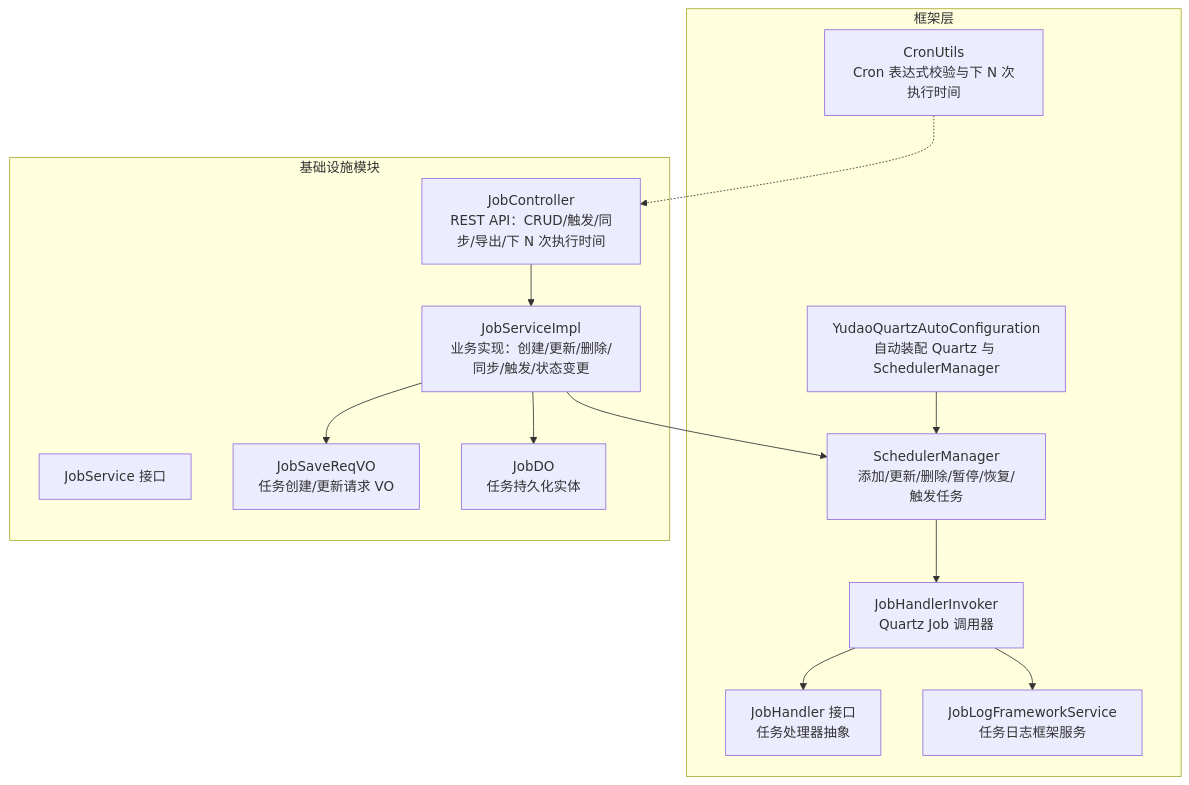
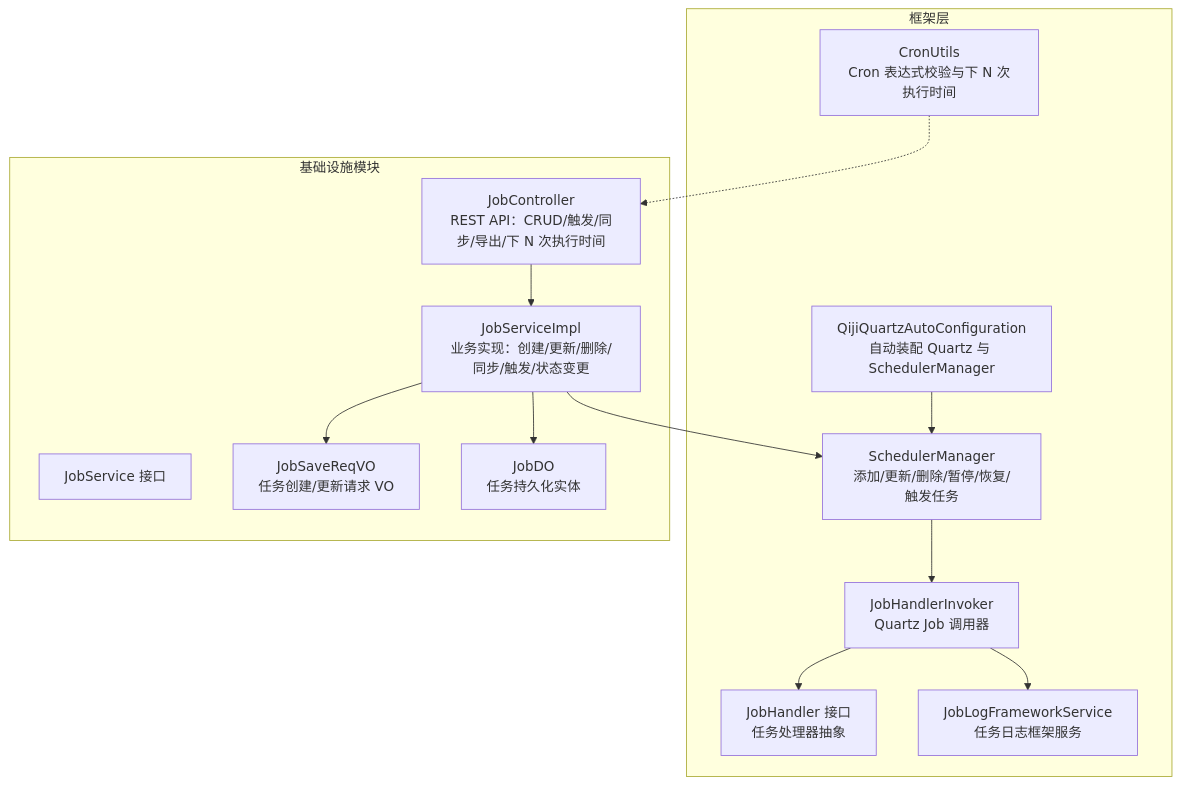
One commit to zhuangpengLI/AgenticCPS changed the first of 8 diagrams in backend/.qoder/repowiki/zh/content/核心业务模块/基础设施模块/定时任务管理.md. Above: the diagram before and after it, drawn with Mermaid. The commit also changed other lines of this file and 3489 other files, not shown here.

````diff
--- a/backend/.qoder/repowiki/zh/content/核心业务模块/基础设施模块/定时任务管理.md
+++ b/backend/.qoder/repowiki/zh/content/核心业务模块/基础设施模块/定时任务管理.md
@@ -40,27 +40,27 @@
 ```mermaid
 graph TB
 subgraph "框架层"
-A["YudaoQuartzAutoConfiguration<br/>自动装配 Quartz 与 SchedulerManager"]
+A["QijiQuartzAutoConfiguration<br/>自动装配 Quartz 与 SchedulerManager"]
 B["SchedulerManager<br/>添加/更新/删除/暂停/恢复/触发任务"]
 C["JobHandler 接口<br/>任务处理器抽象"]
 D["JobHandlerInvoker<br/>Quartz Job 调用器"]
 E["JobLogFrameworkService<br/>任务日志框架服务"]
 F["CronUtils<br/>Cron 表达式校验与下 N 次执行时间"]
 end
 subgraph "基础设施模块"
 G["JobService 接口"]
 H["JobServiceImpl<br/>业务实现：创建/更新/删除/同步/触发/状态变更"]
 I["JobController<br/>REST API：CRUD/触发/同步/导出/下 N 次执行时间"]
 J["JobSaveReqVO<br/>任务创建/更新请求 VO"]
 K["JobDO<br/>任务持久化实体"]
 end
 A --> B
 B --> D
 D --> C
 D --> E
 H --> B
 I --> H
 H --> J
 H --> K
 F -.-> I
 ```
````
